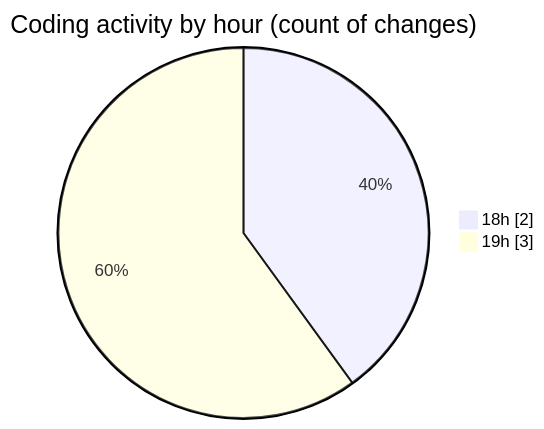
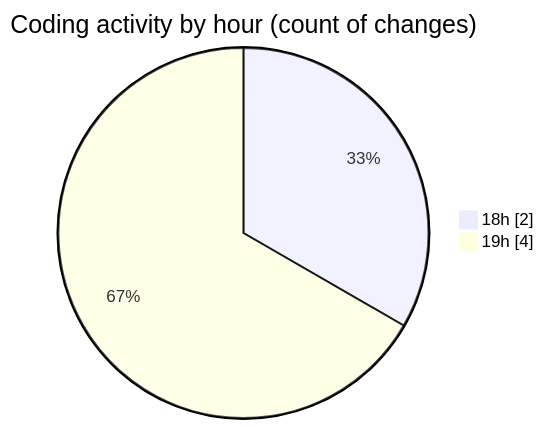
Before and after one commit to EIIisD/code-tracking: the second of 2 diagrams in 2025-07-10/ribbon/README.md, drawn with Mermaid. The commit also changed other lines of this file and 1 other file, not shown here.

````diff
--- a/2025-07-10/ribbon/README.md
+++ b/2025-07-10/ribbon/README.md
@@ -29,6 +31,6 @@
 ```mermaid
 pie showData
 title Coding activity by hour (count of changes)
 "18h" : 2
-"19h" : 3
+"19h" : 4
 ```
````
